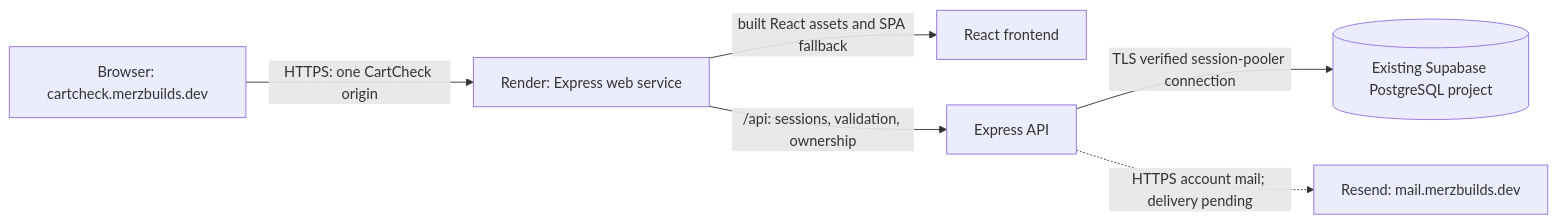
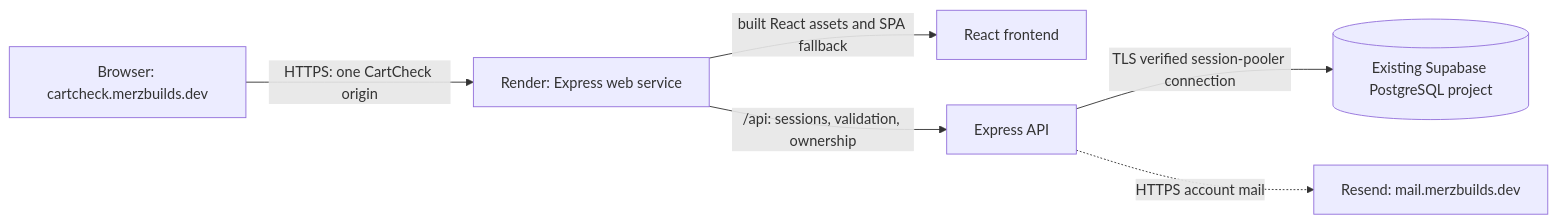
One commit to EJhayGit/CartCheck changed the second of 3 diagrams in docs/architecture/SYSTEM_DESIGN.md. Above: the diagram before and after it, drawn with Mermaid. The commit also changed other lines of this file and 278 other files, not shown here.

````diff
--- a/docs/architecture/SYSTEM_DESIGN.md
+++ b/docs/architecture/SYSTEM_DESIGN.md
@@ -26,8 +26,8 @@
 ```mermaid
 flowchart LR
     B[Browser: cartcheck.merzbuilds.dev] -->|HTTPS: one CartCheck origin| E[Render: Express web service]
     E -->|built React assets and SPA fallback| F[React frontend]
     E -->|/api: sessions, validation, ownership| A[Express API]
     A -->|TLS verified session-pooler connection| P[(Existing Supabase PostgreSQL project)]
-    A -.->|HTTPS account mail; delivery pending| R[Resend: mail.merzbuilds.dev]
+    A -.->|HTTPS account mail| R[Resend: mail.merzbuilds.dev]
 ```
````
